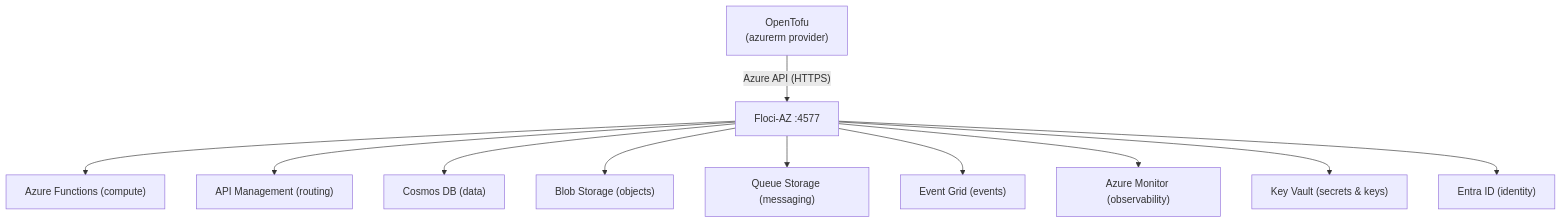
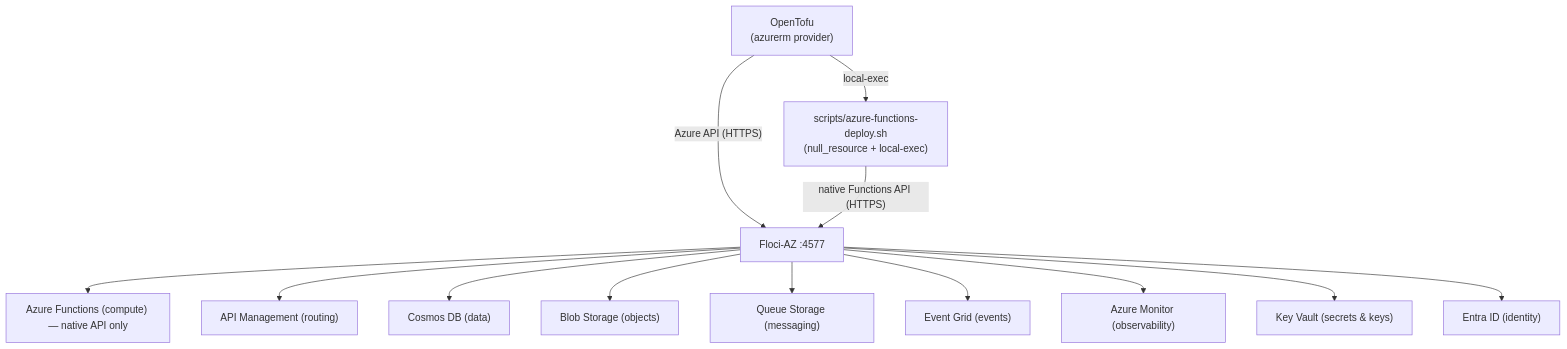
Before and after one commit to cyber-pnl/CloudForge: the second of 2 diagrams in docs/02-infrastructure/local-environment.md, drawn with Mermaid. The commit also changed other lines of this file and 12 other files, not shown here.

Commit message:
feat(az-functions): use Floci-AZ native API instead of azurerm

````diff
--- a/docs/02-infrastructure/local-environment.md
+++ b/docs/02-infrastructure/local-environment.md
@@ -179,25 +181,28 @@
 ```mermaid
 flowchart TD
     OT["OpenTofu<br/>(azurerm provider)"]
+    SC["scripts/azure-functions-deploy.sh<br/>(null_resource + local-exec)"]
     AZ[Floci-AZ :4577]
-    FN["Azure Functions (compute)"]
+    FN["Azure Functions (compute) — native API only"]
     APIM["API Management (routing)"]
     CDB["Cosmos DB (data)"]
     BLOB["Blob Storage (objects)"]
     QUEUE["Queue Storage (messaging)"]
     EG["Event Grid (events)"]
     MON["Azure Monitor (observability)"]
     KV["Key Vault (secrets & keys)"]
     ENTRA["Entra ID (identity)"]
 
     OT -->|"Azure API (HTTPS)"| AZ
+    OT -->|"local-exec"| SC
+    SC -->|"native Functions API (HTTPS)"| AZ
     AZ --> FN
     AZ --> APIM
     AZ --> CDB
     AZ --> BLOB
     AZ --> QUEUE
     AZ --> EG
     AZ --> MON
     AZ --> KV
     AZ --> ENTRA
 ```
````
